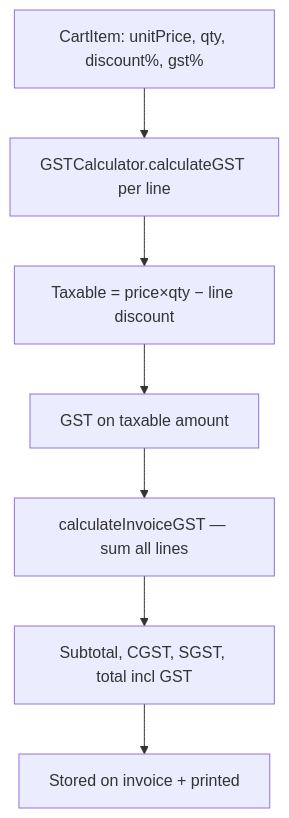
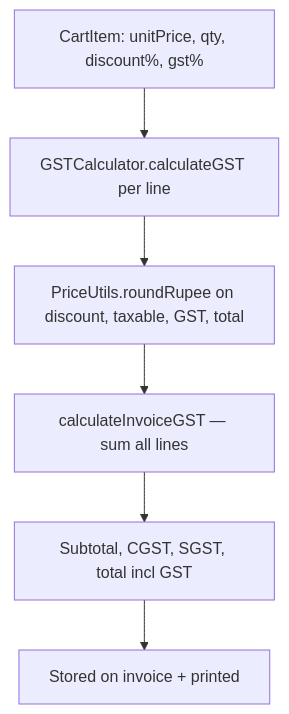
The fourth of 10 diagrams in ARCHITECTURE.md (raghavendra-k021/bill-service), drawn with Mermaid before and after one commit. The commit also changed other lines of this file and 27 other files, not shown here.

````diff
--- a/ARCHITECTURE.md
+++ b/ARCHITECTURE.md
@@ -142,9 +164,8 @@
 ```mermaid
 flowchart TD
     I[CartItem: unitPrice, qty, discount%, gst%] --> G[GSTCalculator.calculateGST per line]
-    G --> T[Taxable = price×qty − line discount]
-    T --> GSTamt[GST on taxable amount]
-    GSTamt --> Sum[calculateInvoiceGST — sum all lines]
+    G --> R[PriceUtils.roundRupee on discount, taxable, GST, total]
+    R --> Sum[calculateInvoiceGST — sum all lines]
     Sum --> Out[Subtotal, CGST, SGST, total incl GST]
     Out --> Inv[Stored on invoice + printed]
 ```
````
